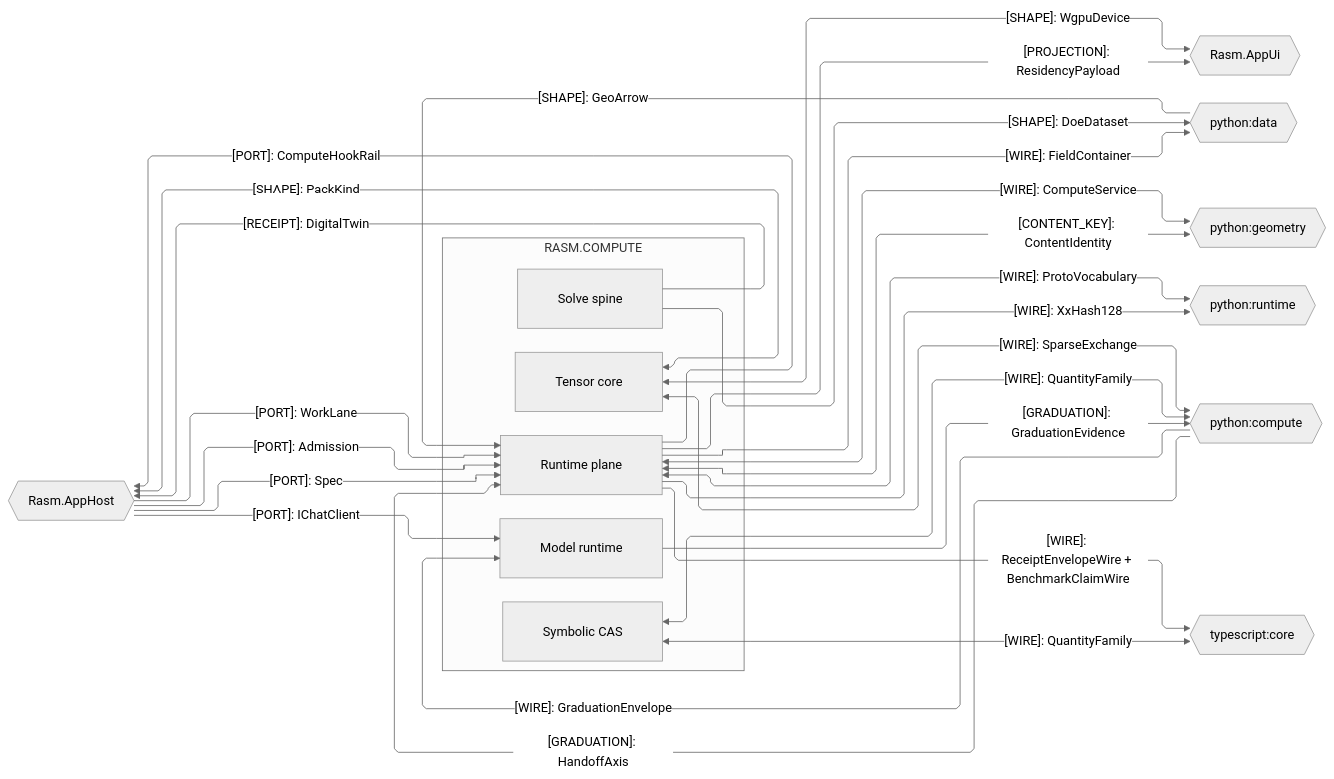
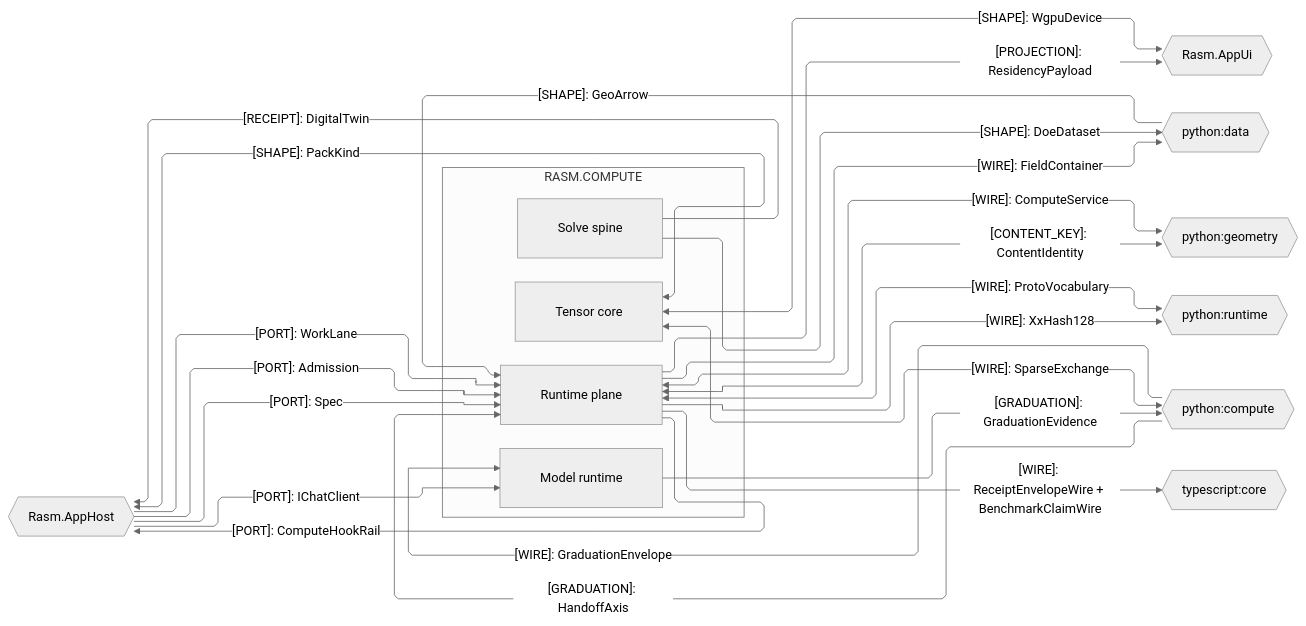
One commit to bsamiee/Rasm changed the third of 4 diagrams in libs/csharp/Rasm.Compute/ARCHITECTURE.md. Above: the diagram before and after it, drawn with Mermaid (neutral theme). The commit also changed other lines of this file and 55 other files, not shown here.

````diff
--- a/libs/csharp/Rasm.Compute/ARCHITECTURE.md
+++ b/libs/csharp/Rasm.Compute/ARCHITECTURE.md
@@ -201,49 +220,46 @@
 ```mermaid
 ---
 config:
   layout: elk
   flowchart:
     curve: linear
     padding: 25
 ---
 flowchart LR
     accTitle: Compute platform and cross-runtime seams
     accDescr: Compute owners exchanging port, receipt, projection, wire, content-key, and graduation contracts with platform and cross-runtime peers.
     subgraph compute[RASM.COMPUTE]
         Model[Model runtime]
         Tensor[Tensor core]
         Solver[Solve spine]
         Runtime[Runtime plane]
-        Symbolic[Symbolic CAS]
     end
     AppHost{{Rasm.AppHost}}
     AppUi{{Rasm.AppUi}}
     Data{{python:data}}
     Geometry{{python:geometry}}
     PyRuntime{{python:runtime}}
     Compute{{python:compute}}
     Core{{typescript:core}}
     AppHost e1@-->|"[PORT]: WorkLane"| Runtime
     AppHost e2@-->|"[PORT]: IChatClient"| Model
     AppHost e3@-->|"[PORT]: Admission"| Runtime
     AppHost e4@-->|"[PORT]: Spec"| Runtime
     Solver e5@-->|"[RECEIPT]: DigitalTwin"| AppHost
     Tensor e6@<-->|"[SHAPE]: PackKind"| AppHost
     Runtime e7@-->|"[PORT]: ComputeHookRail"| AppHost
     Runtime e8@-->|"[PROJECTION]: ResidencyPayload"| AppUi
     Tensor e9@<-->|"[SHAPE]: WgpuDevice"| AppUi
     Runtime e10@<-->|"[WIRE]: ComputeService"| Geometry
     Runtime e11@<-->|"[CONTENT_KEY]: ContentIdentity"| Geometry
     Runtime e12@<-->|"[WIRE]: ProtoVocabulary"| PyRuntime
     Runtime e13@-->|"[WIRE]: XxHash128"| PyRuntime
     Compute e14@-->|"[GRADUATION]: HandoffAxis"| Runtime
     Model e15@-->|"[GRADUATION]: GraduationEvidence"| Compute
-    Symbolic e16@<-->|"[WIRE]: QuantityFamily"| Compute
-    Solver e17@-->|"[SHAPE]: DoeDataset"| Data
-    Data e18@-->|"[SHAPE]: GeoArrow"| Runtime
-    Runtime e19@-->|"[WIRE]: ReceiptEnvelopeWire + BenchmarkClaimWire"| Core
-    Symbolic e20@<-->|"[WIRE]: QuantityFamily"| Core
-    Runtime e21@-->|"[WIRE]: FieldContainer"| Data
-    Compute e22@-->|"[WIRE]: GraduationEnvelope"| Model
-    Tensor e23@<-->|"[WIRE]: SparseExchange"| Compute
+    Solver e16@-->|"[SHAPE]: DoeDataset"| Data
+    Data e17@-->|"[SHAPE]: GeoArrow"| Runtime
+    Runtime e18@-->|"[WIRE]: ReceiptEnvelopeWire + BenchmarkClaimWire"| Core
+    Runtime e19@-->|"[WIRE]: FieldContainer"| Data
+    Compute e20@-->|"[WIRE]: GraduationEnvelope"| Model
+    Tensor e21@<-->|"[WIRE]: SparseExchange"| Compute
 ```
````
